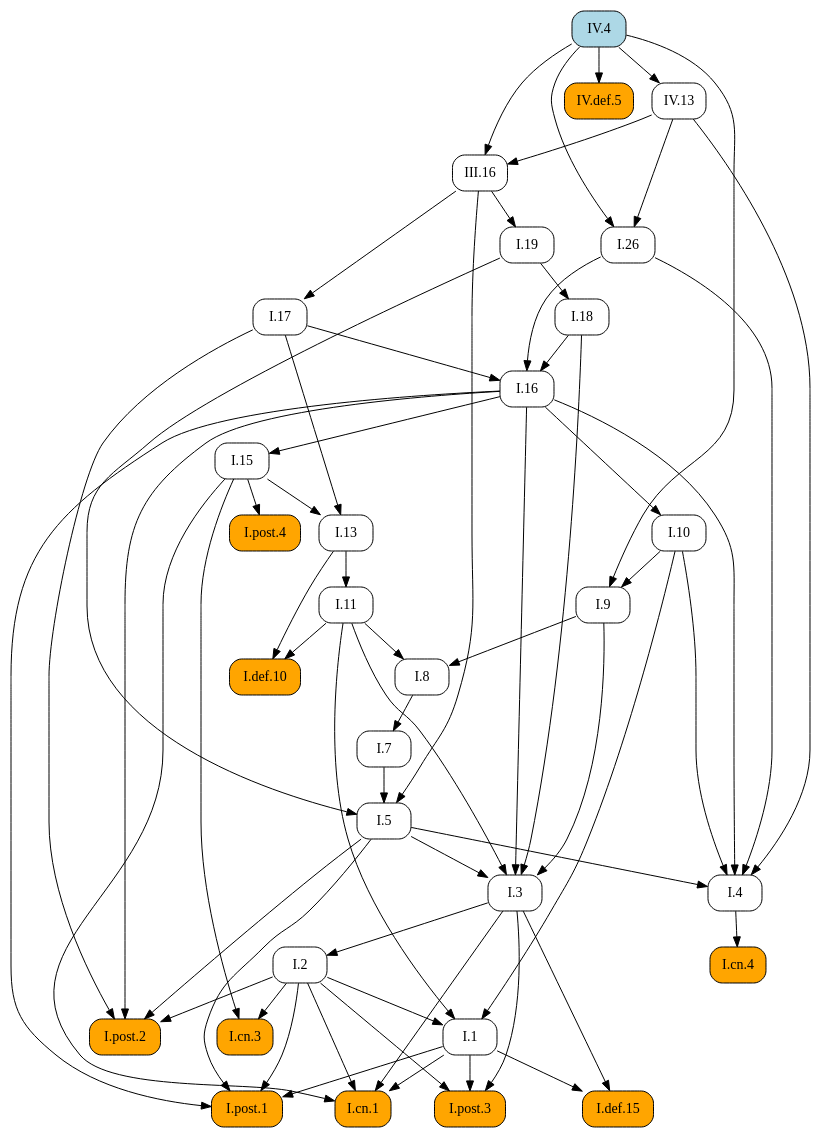
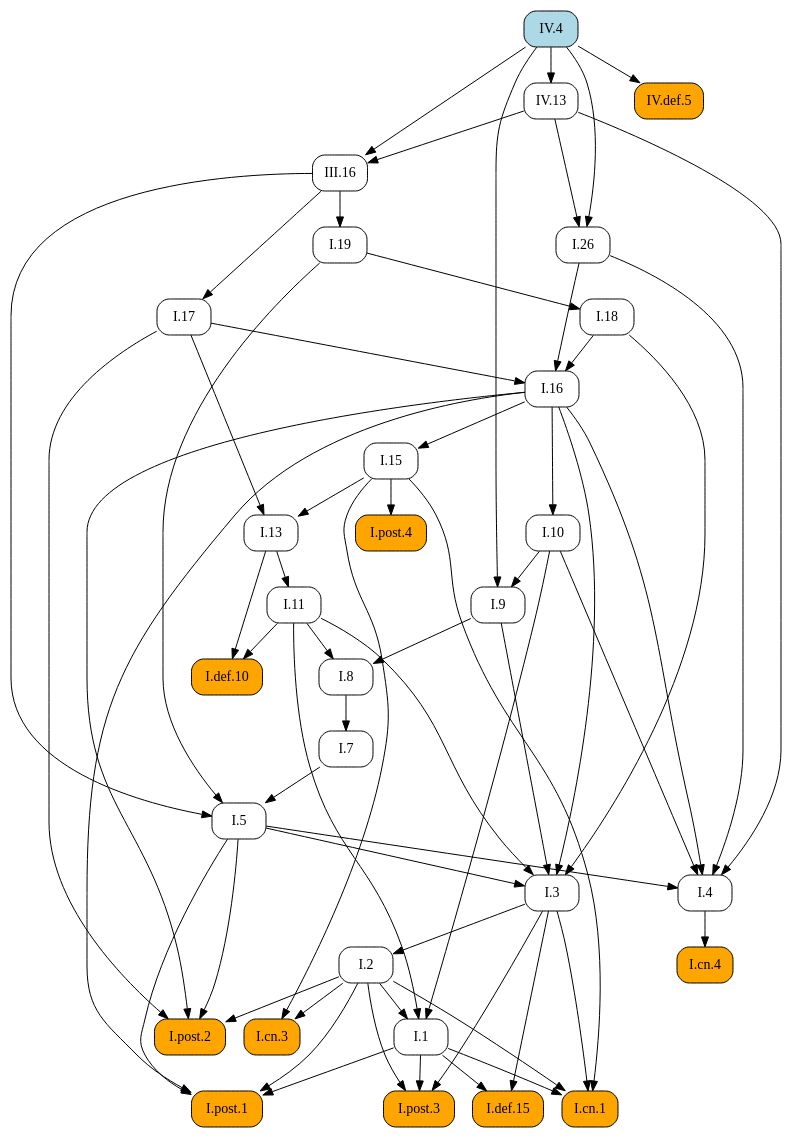
Before and after one commit to geometor/elements: the diagram in docsrc/heath/IV/4/index.rst, drawn with Graphviz. The commit also changed other lines of this file and 1029 other files, not shown here.

```diff
--- a/docsrc/heath/IV/4/index.rst
+++ b/docsrc/heath/IV/4/index.rst
@@ -83,96 +83,96 @@
    digraph {
      rankdir="TB";
      node [shape=box, style=rounded];
+     "I.def.10" [style="rounded,filled", fillcolor=orange, URL="/heath/I/def.10/", target="_top"];
+     "I.11" [URL="/heath/I/11/", target="_top"];
+     "I.post.4" [style="rounded,filled", fillcolor=orange, URL="/heath/I/post.4/", target="_top"];
+     "I.1" [URL="/heath/I/1/", target="_top"];
+     "III.16" [URL="/heath/III/16/", target="_top"];
+     "IV.4" [style="rounded,filled", fillcolor=lightblue, URL="/heath/IV/4/", target="_top"];
+     "I.26" [URL="/heath/I/26/", target="_top"];
+     "I.7" [URL="/heath/I/7/", target="_top"];
+     "I.3" [URL="/heath/I/3/", target="_top"];
      "IV.13" [URL="/heath/IV/13/", target="_top"];
+     "I.2" [URL="/heath/I/2/", target="_top"];
+     "I.4" [URL="/heath/I/4/", target="_top"];
+     "I.13" [URL="/heath/I/13/", target="_top"];
+     "I.17" [URL="/heath/I/17/", target="_top"];
+     "I.5" [URL="/heath/I/5/", target="_top"];
+     "I.post.2" [style="rounded,filled", fillcolor=orange, URL="/heath/I/post.2/", target="_top"];
+     "I.18" [URL="/heath/I/18/", target="_top"];
+     "I.16" [URL="/heath/I/16/", target="_top"];
+     "I.def.15" [style="rounded,filled", fillcolor=orange, URL="/heath/I/def.15/", target="_top"];
+     "I.9" [URL="/heath/I/9/", target="_top"];
+     "I.post.3" [style="rounded,filled", fillcolor=orange, URL="/heath/I/post.3/", target="_top"];
+     "I.19" [URL="/heath/I/19/", target="_top"];
+     "I.cn.1" [style="rounded,filled", fillcolor=orange, URL="/heath/I/cn.1/", target="_top"];
      "I.cn.3" [style="rounded,filled", fillcolor=orange, URL="/heath/I/cn.3/", target="_top"];
-     "I.13" [URL="/heath/I/13/", target="_top"];
-     "III.16" [URL="/heath/III/16/", target="_top"];
-     "I.5" [URL="/heath/I/5/", target="_top"];
-     "I.11" [URL="/heath/I/11/", target="_top"];
-     "I.7" [URL="/heath/I/7/", target="_top"];
+     "I.8" [URL="/heath/I/8/", target="_top"];
+     "I.cn.4" [style="rounded,filled", fillcolor=orange, URL="/heath/I/cn.4/", target="_top"];
+     "I.15" [URL="/heath/I/15/", target="_top"];
+     "I.post.1" [style="rounded,filled", fillcolor=orange, URL="/heath/I/post.1/", target="_top"];
      "I.10" [URL="/heath/I/10/", target="_top"];
-     "I.4" [URL="/heath/I/4/", target="_top"];
      "IV.def.5" [style="rounded,filled", fillcolor=orange, URL="/heath/IV/def.5/", target="_top"];
-     "I.3" [URL="/heath/I/3/", target="_top"];
-     "I.16" [URL="/heath/I/16/", target="_top"];
-     "I.8" [URL="/heath/I/8/", target="_top"];
-     "I.9" [URL="/heath/I/9/", target="_top"];
-     "I.def.10" [style="rounded,filled", fillcolor=orange, URL="/heath/I/def.10/", target="_top"];
-     "I.post.4" [style="rounded,filled", fillcolor=orange, URL="/heath/I/post.4/", target="_top"];
-     "I.post.2" [style="rounded,filled", fillcolor=orange, URL="/heath/I/post.2/", target="_top"];
-     "I.2" [URL="/heath/I/2/", target="_top"];
-     "I.def.15" [style="rounded,filled", fillcolor=orange, URL="/heath/I/def.15/", target="_top"];
-     "I.1" [URL="/heath/I/1/", target="_top"];
-     "I.post.3" [style="rounded,filled", fillcolor=orange, URL="/heath/I/post.3/", target="_top"];
-     "I.post.1" [style="rounded,filled", fillcolor=orange, URL="/heath/I/post.1/", target="_top"];
-     "IV.4" [style="rounded,filled", fillcolor=lightblue, URL="/heath/IV/4/", target="_top"];
-     "I.cn.4" [style="rounded,filled", fillcolor=orange, URL="/heath/I/cn.4/", target="_top"];
-     "I.cn.1" [style="rounded,filled", fillcolor=orange, URL="/heath/I/cn.1/", target="_top"];
-     "I.26" [URL="/heath/I/26/", target="_top"];
-     "I.15" [URL="/heath/I/15/", target="_top"];
-     "I.17" [URL="/heath/I/17/", target="_top"];
-     "I.19" [URL="/heath/I/19/", target="_top"];
-     "I.18" [URL="/heath/I/18/", target="_top"];
-     "IV.4" -> "IV.13";
-     "I.2" -> "I.cn.3";
-     "I.15" -> "I.cn.3";
-     "I.15" -> "I.13";
-     "I.17" -> "I.13";
+     "I.11" -> "I.def.10";
+     "I.13" -> "I.def.10";
+     "I.13" -> "I.11";
+     "I.15" -> "I.post.4";
+     "I.2" -> "I.1";
+     "I.10" -> "I.1";
+     "I.11" -> "I.1";
      "IV.4" -> "III.16";
      "IV.13" -> "III.16";
-     "I.7" -> "I.5";
-     "I.19" -> "I.5";
-     "III.16" -> "I.5";
-     "I.13" -> "I.11";
+     "IV.4" -> "I.26";
+     "IV.13" -> "I.26";
      "I.8" -> "I.7";
-     "I.16" -> "I.10";
+     "I.5" -> "I.3";
+     "I.9" -> "I.3";
+     "I.11" -> "I.3";
+     "I.16" -> "I.3";
+     "I.18" -> "I.3";
+     "IV.4" -> "IV.13";
+     "I.3" -> "I.2";
      "I.5" -> "I.4";
      "I.10" -> "I.4";
      "I.16" -> "I.4";
      "I.26" -> "I.4";
      "IV.13" -> "I.4";
-     "IV.4" -> "IV.def.5";
-     "I.5" -> "I.3";
-     "I.9" -> "I.3";
-     "I.11" -> "I.3";
-     "I.16" -> "I.3";
-     "I.18" -> "I.3";
-     "I.17" -> "I.16";
-     "I.18" -> "I.16";
-     "I.26" -> "I.16";
-     "I.9" -> "I.8";
-     "I.11" -> "I.8";
-     "I.10" -> "I.9";
-     "IV.4" -> "I.9";
-     "I.11" -> "I.def.10";
-     "I.13" -> "I.def.10";
-     "I.15" -> "I.post.4";
+     "I.15" -> "I.13";
+     "I.17" -> "I.13";
+     "III.16" -> "I.17";
+     "I.7" -> "I.5";
+     "I.19" -> "I.5";
+     "III.16" -> "I.5";
      "I.2" -> "I.post.2";
      "I.5" -> "I.post.2";
      "I.16" -> "I.post.2";
      "I.17" -> "I.post.2";
-     "I.3" -> "I.2";
+     "I.19" -> "I.18";
+     "I.17" -> "I.16";
+     "I.18" -> "I.16";
+     "I.26" -> "I.16";
      "I.1" -> "I.def.15";
      "I.3" -> "I.def.15";
-     "I.2" -> "I.1";
-     "I.10" -> "I.1";
-     "I.11" -> "I.1";
+     "I.10" -> "I.9";
+     "IV.4" -> "I.9";
      "I.1" -> "I.post.3";
      "I.2" -> "I.post.3";
      "I.3" -> "I.post.3";
+     "III.16" -> "I.19";
+     "I.1" -> "I.cn.1";
+     "I.2" -> "I.cn.1";
+     "I.3" -> "I.cn.1";
+     "I.15" -> "I.cn.1";
+     "I.2" -> "I.cn.3";
+     "I.15" -> "I.cn.3";
+     "I.9" -> "I.8";
+     "I.11" -> "I.8";
+     "I.4" -> "I.cn.4";
+     "I.16" -> "I.15";
      "I.1" -> "I.post.1";
      "I.2" -> "I.post.1";
      "I.5" -> "I.post.1";
      "I.16" -> "I.post.1";
-     "I.4" -> "I.cn.4";
-     "I.1" -> "I.cn.1";
-     "I.2" -> "I.cn.1";
-     "I.3" -> "I.cn.1";
-     "I.15" -> "I.cn.1";
-     "IV.4" -> "I.26";
-     "IV.13" -> "I.26";
-     "I.16" -> "I.15";
-     "III.16" -> "I.17";
-     "III.16" -> "I.19";
-     "I.19" -> "I.18";
+     "I.16" -> "I.10";
+     "IV.4" -> "IV.def.5";
    }
```
